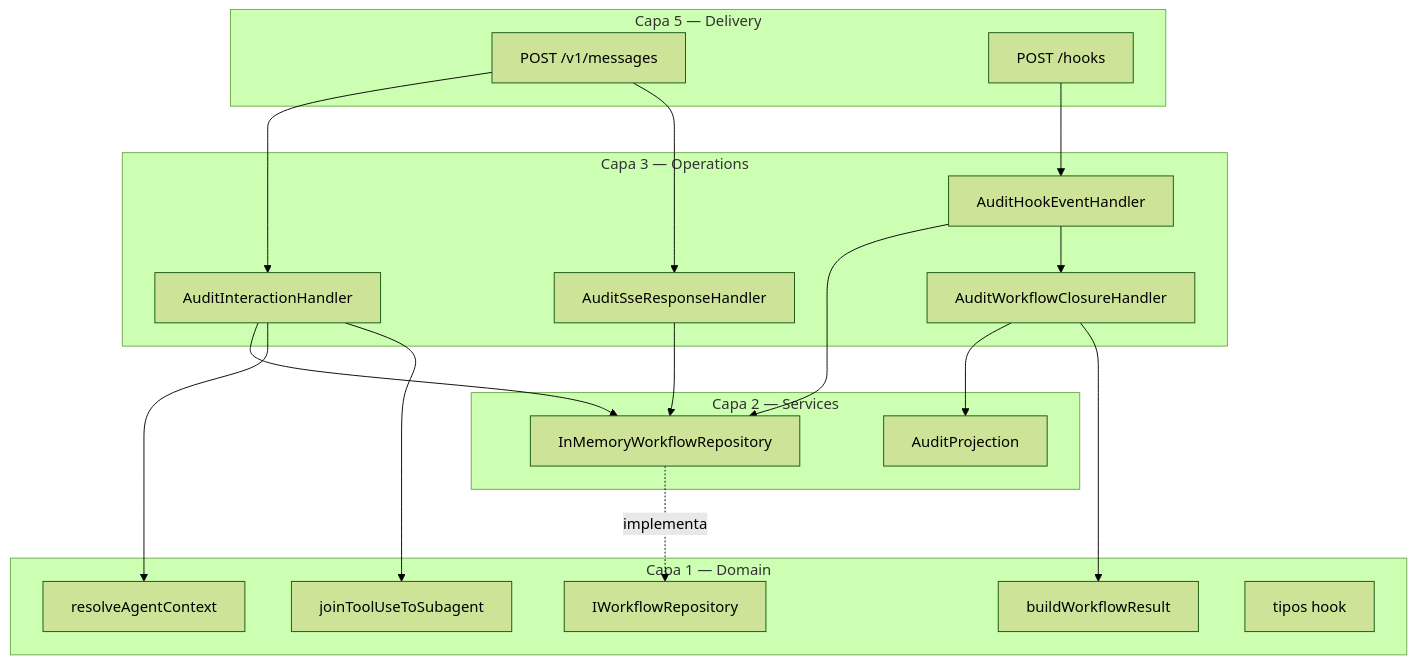
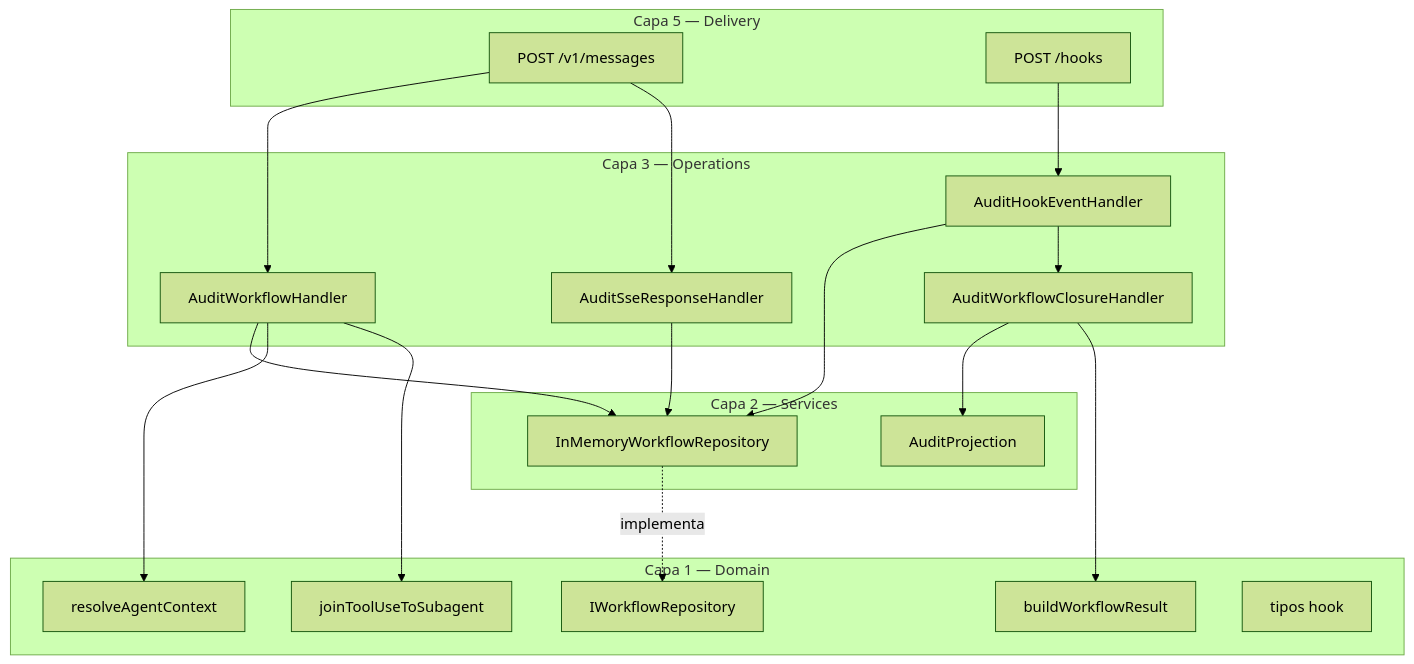
One commit to CristianRojas-SoftwareEngineer/EvolutiveX-Agent-Orchestrator changed diagram 21 of 21 in docs/proposals/gateway-design.md. Above: the diagram before and after it, drawn with Mermaid (forest theme). The commit also changed other lines of this file and 34 other files, not shown here.

First line of the commit message:
refactor(gateway): renombrar Interaction→Workflow en todo el codebase

````diff
--- a/docs/proposals/gateway-design.md
+++ b/docs/proposals/gateway-design.md
@@ -2856,37 +2856,37 @@
 ```mermaid
 flowchart TB
   subgraph L5h ["Capa 5 — Delivery"]
     R1["POST /v1/messages"]
     R2["POST /hooks"]
   end
   subgraph L3h ["Capa 3 — Operations"]
-    H1[AuditInteractionHandler]
+    H1[AuditWorkflowHandler]
     H2[AuditSseResponseHandler]
     H3[AuditHookEventHandler]
     H4[AuditWorkflowClosureHandler]
   end
   subgraph L2h ["Capa 2 — Services"]
     WR[InMemoryWorkflowRepository]
     AP[AuditProjection]
   end
   subgraph L1h ["Capa 1 — Domain"]
     RA[resolveAgentContext]
     JT[joinToolUseToSubagent]
     BW[buildWorkflowResult]
     IW[IWorkflowRepository]
     TH[tipos hook]
   end
 
   R1 --> H1
   R1 --> H2
   R2 --> H3
   H1 --> WR
   H2 --> WR
   H3 --> WR
   H3 --> H4
   H4 --> AP
   WR -.->|implementa| IW
   H1 --> RA
   H1 --> JT
   H4 --> BW
 ```
````
